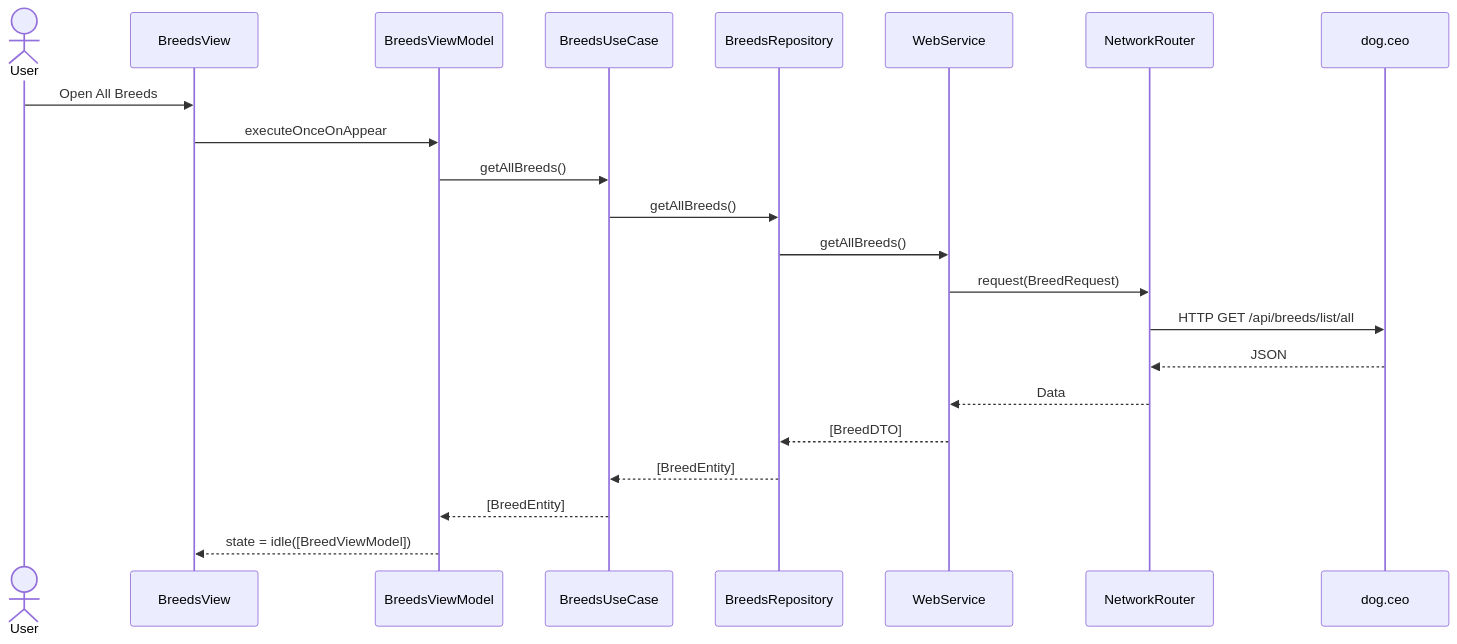
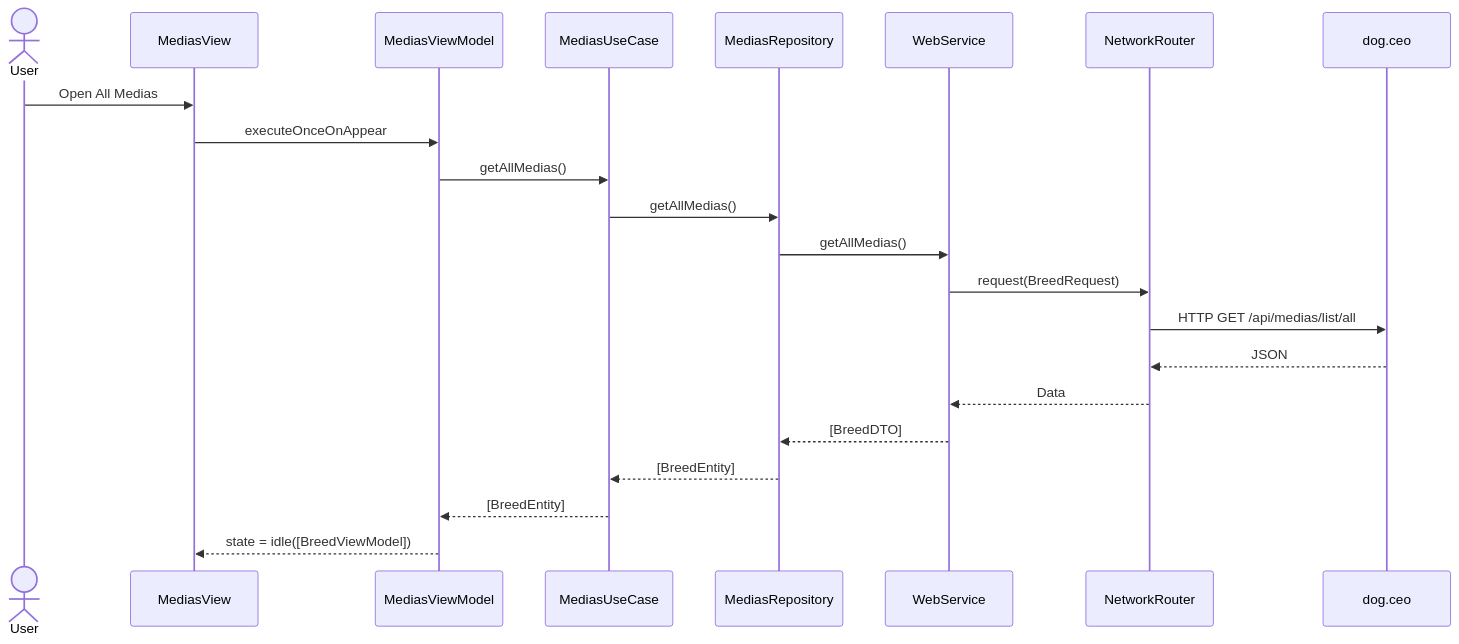
The second of 3 diagrams in README.md (fuxlud/Movies), drawn with Mermaid before and after one commit. The commit also changed other lines of this file and 40 other files, not shown here.

````diff
--- a/README.md
+++ b/README.md
@@ -82,25 +82,25 @@
 ```mermaid
 sequenceDiagram
   actor User
-  participant View as BreedsView
-  participant VM as BreedsViewModel
-  participant UC as BreedsUseCase
-  participant Repo as BreedsRepository
+  participant View as MediasView
+  participant VM as MediasViewModel
+  participant UC as MediasUseCase
+  participant Repo as MediasRepository
   participant Web as WebService
   participant Router as NetworkRouter
   participant API as dog.ceo
 
-  User->>View: Open All Breeds
+  User->>View: Open All Medias
   View->>VM: executeOnceOnAppear
-  VM->>UC: getAllBreeds()
-  UC->>Repo: getAllBreeds()
-  Repo->>Web: getAllBreeds()
+  VM->>UC: getAllMedias()
+  UC->>Repo: getAllMedias()
+  Repo->>Web: getAllMedias()
   Web->>Router: request(BreedRequest)
-  Router->>API: HTTP GET /api/breeds/list/all
+  Router->>API: HTTP GET /api/medias/list/all
   API-->>Router: JSON
   Router-->>Web: Data
   Web-->>Repo: [BreedDTO]
   Repo-->>UC: [BreedEntity]
   UC-->>VM: [BreedEntity]
   VM-->>View: state = idle([BreedViewModel])
 ```
````
